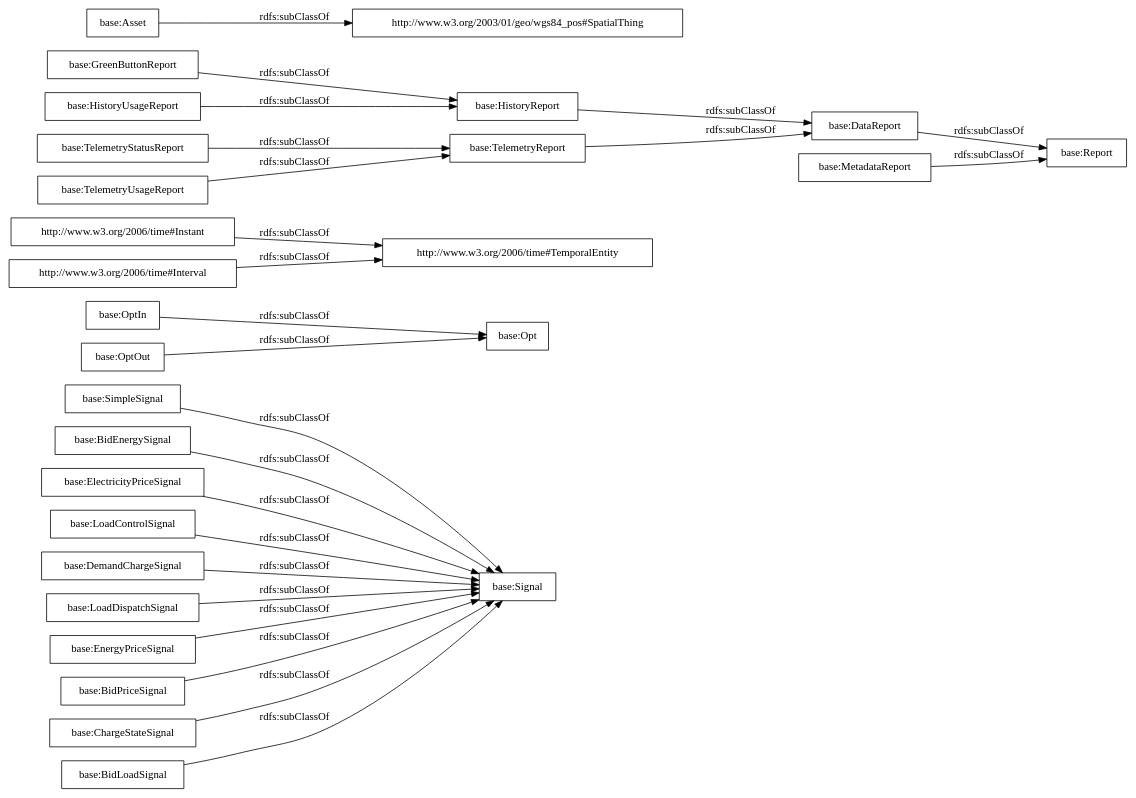
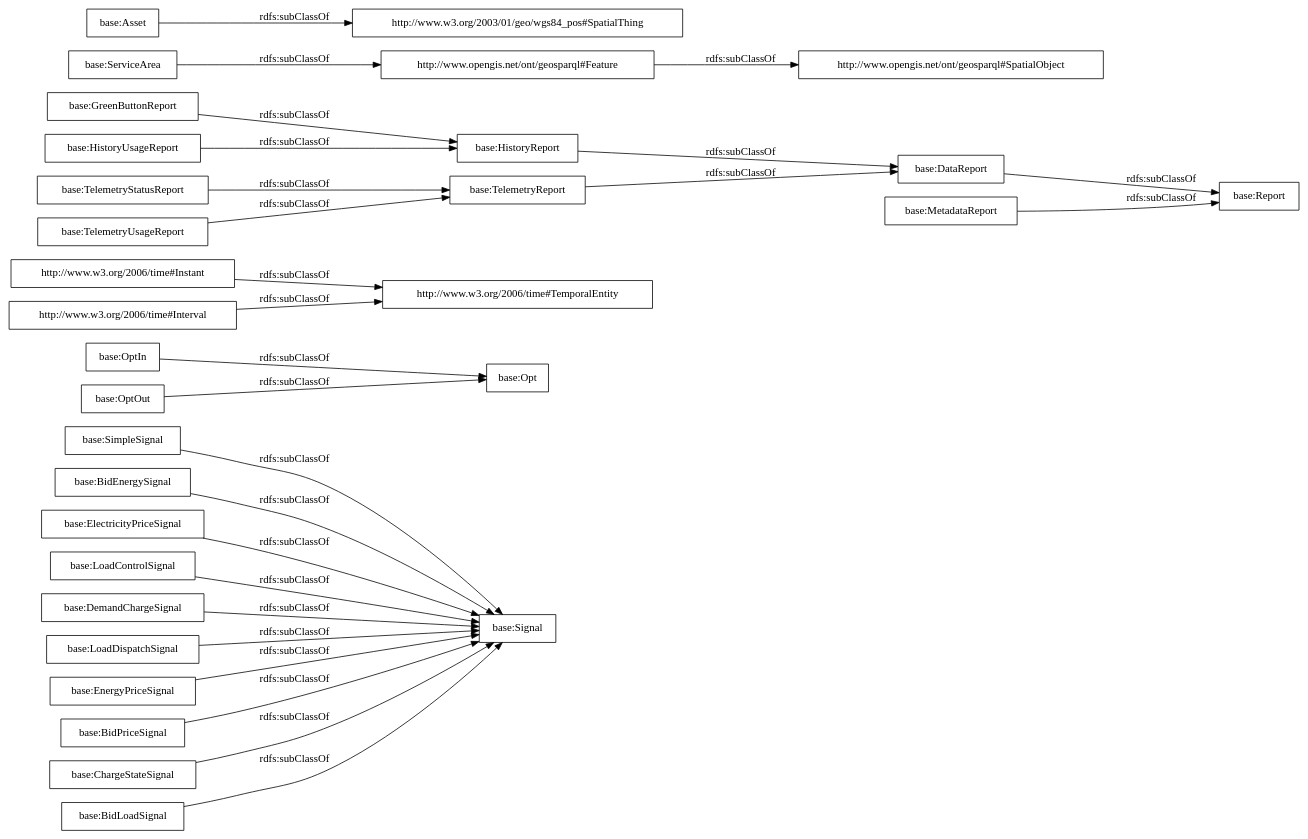
Before and after one commit to albaizq/OpenADRontology: the diagram in OnToology/ontology/openADRontology.owl/diagrams/ar2dtool-taxonomy/openADRontology.owl.png.dot, drawn with Graphviz. The commit also changed 12 other files, not shown here.

```diff
--- a/OnToology/ontology/openADRontology.owl/diagrams/ar2dtool-taxonomy/openADRontology.owl.png.dot
+++ b/OnToology/ontology/openADRontology.owl/diagrams/ar2dtool-taxonomy/openADRontology.owl.png.dot
@@ -1,29 +1,31 @@
 digraph ar2dtool_diagram { 
 rankdir=LR;
 size="1000"
-node [shape = rectangle, color="black"]; "base:SimpleSignal" "base:Signal" "base:Opt" "http://www.w3.org/2006/time#Instant" "base:GreenButtonReport" "base:DataReport" "base:TelemetryUsageReport" "base:BidEnergySignal" "base:ElectricityPriceSignal" "base:LoadControlSignal" "base:HistoryReport" "base:DemandChargeSignal" "base:OptIn" "base:LoadDispatchSignal" "base:OptOut" "base:EnergyPriceSignal" "base:TelemetryStatusReport" "base:BidPriceSignal" "http://www.w3.org/2003/01/geo/wgs84_pos#SpatialThing" "base:Asset" "http://www.w3.org/2006/time#Interval" "base:ChargeStateSignal" "http://www.w3.org/2006/time#TemporalEntity" "base:TelemetryReport" "base:BidLoadSignal" "base:MetadataReport" "base:HistoryUsageReport" "base:Report" ; /*classes style*/
+node [shape = rectangle, color="black"]; "base:SimpleSignal" "base:Signal" "base:Opt" "http://www.w3.org/2006/time#Instant" "base:GreenButtonReport" "base:DataReport" "base:TelemetryUsageReport" "base:BidEnergySignal" "base:ElectricityPriceSignal" "base:LoadControlSignal" "base:ServiceArea" "base:HistoryReport" "base:DemandChargeSignal" "base:OptIn" "base:LoadDispatchSignal" "base:OptOut" "base:EnergyPriceSignal" "base:TelemetryStatusReport" "base:BidPriceSignal" "http://www.w3.org/2003/01/geo/wgs84_pos#SpatialThing" "base:Asset" "http://www.opengis.net/ont/geosparql#SpatialObject" "http://www.w3.org/2006/time#Interval" "base:ChargeStateSignal" "http://www.w3.org/2006/time#TemporalEntity" "base:TelemetryReport" "base:BidLoadSignal" "http://www.opengis.net/ont/geosparql#Feature" "base:MetadataReport" "base:HistoryUsageReport" "base:Report" ; /*classes style*/
 	"base:Asset" -> "http://www.w3.org/2003/01/geo/wgs84_pos#SpatialThing" [ label = "rdfs:subClassOf" ];
 	"base:DataReport" -> "base:Report" [ label = "rdfs:subClassOf" ];
 	"base:EnergyPriceSignal" -> "base:Signal" [ label = "rdfs:subClassOf" ];
+	"base:TelemetryUsageReport" -> "base:TelemetryReport" [ label = "rdfs:subClassOf" ];
 	"base:SimpleSignal" -> "base:Signal" [ label = "rdfs:subClassOf" ];
-	"base:TelemetryUsageReport" -> "base:TelemetryReport" [ label = "rdfs:subClassOf" ];
 	"base:ChargeStateSignal" -> "base:Signal" [ label = "rdfs:subClassOf" ];
 	"base:HistoryReport" -> "base:DataReport" [ label = "rdfs:subClassOf" ];
 	"http://www.w3.org/2006/time#Interval" -> "http://www.w3.org/2006/time#TemporalEntity" [ label = "rdfs:subClassOf" ];
 	"base:GreenButtonReport" -> "base:HistoryReport" [ label = "rdfs:subClassOf" ];
 	"base:BidLoadSignal" -> "base:Signal" [ label = "rdfs:subClassOf" ];
+	"base:ServiceArea" -> "http://www.opengis.net/ont/geosparql#Feature" [ label = "rdfs:subClassOf" ];
+	"http://www.opengis.net/ont/geosparql#Feature" -> "http://www.opengis.net/ont/geosparql#SpatialObject" [ label = "rdfs:subClassOf" ];
 	"base:LoadControlSignal" -> "base:Signal" [ label = "rdfs:subClassOf" ];
 	"base:OptOut" -> "base:Opt" [ label = "rdfs:subClassOf" ];
 	"base:BidEnergySignal" -> "base:Signal" [ label = "rdfs:subClassOf" ];
 	"base:BidPriceSignal" -> "base:Signal" [ label = "rdfs:subClassOf" ];
 	"base:ElectricityPriceSignal" -> "base:Signal" [ label = "rdfs:subClassOf" ];
 	"base:OptIn" -> "base:Opt" [ label = "rdfs:subClassOf" ];
 	"base:MetadataReport" -> "base:Report" [ label = "rdfs:subClassOf" ];
 	"http://www.w3.org/2006/time#Instant" -> "http://www.w3.org/2006/time#TemporalEntity" [ label = "rdfs:subClassOf" ];
+	"base:TelemetryReport" -> "base:DataReport" [ label = "rdfs:subClassOf" ];
 	"base:LoadDispatchSignal" -> "base:Signal" [ label = "rdfs:subClassOf" ];
-	"base:TelemetryReport" -> "base:DataReport" [ label = "rdfs:subClassOf" ];
 	"base:TelemetryStatusReport" -> "base:TelemetryReport" [ label = "rdfs:subClassOf" ];
 	"base:HistoryUsageReport" -> "base:HistoryReport" [ label = "rdfs:subClassOf" ];
 	"base:DemandChargeSignal" -> "base:Signal" [ label = "rdfs:subClassOf" ];
 
 }
```
